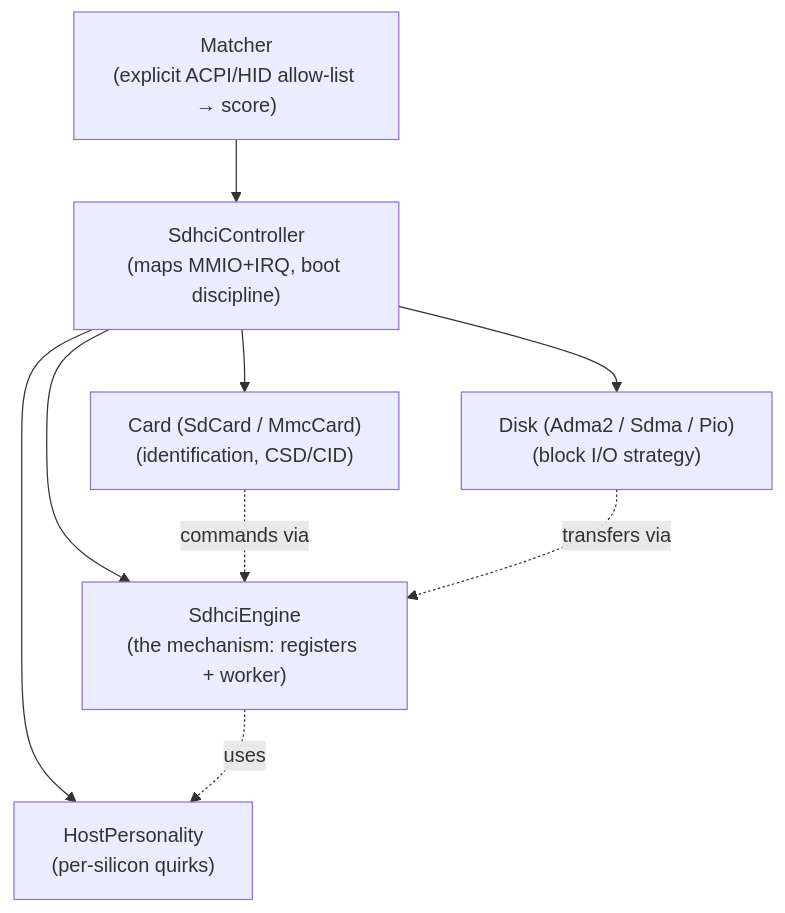
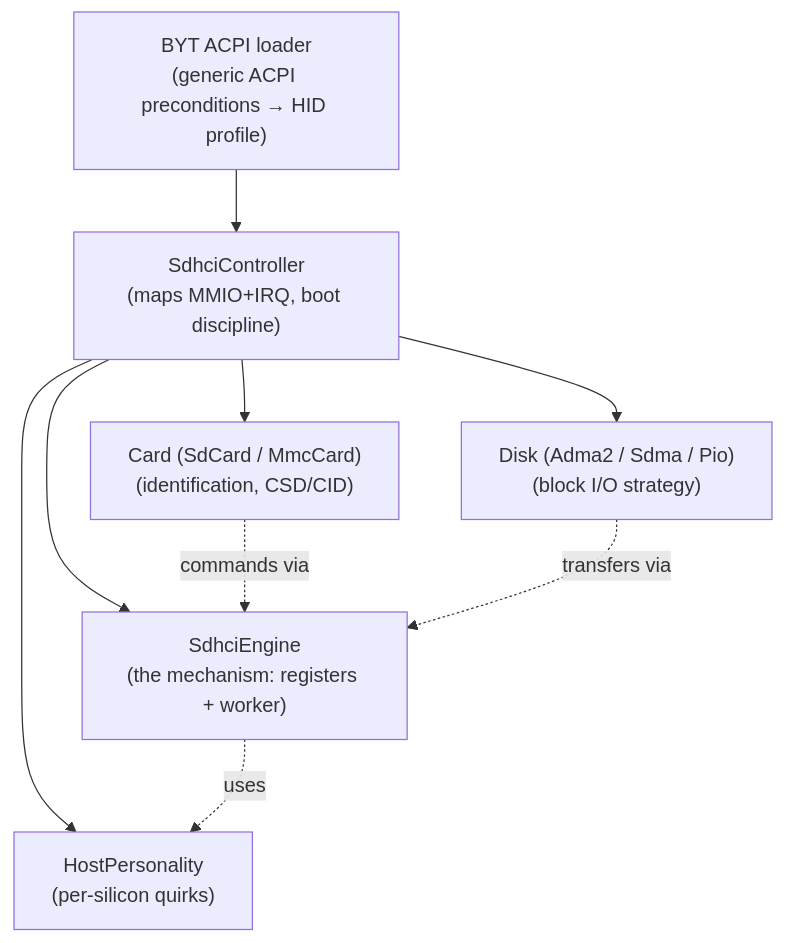
One commit to alextnewman/jido-renga changed the first of 5 diagrams in docs/design/sdhci_embedded.md. Above: the diagram before and after it, drawn with Mermaid. The commit also changed other lines of this file and 58 other files, not shown here.

````diff
--- a/docs/design/sdhci_embedded.md
+++ b/docs/design/sdhci_embedded.md
@@ -50,18 +57,18 @@
 ```mermaid
 flowchart TD
-    Matcher["Matcher\n(explicit ACPI/HID allow-list → score)"]
+    BytAcpi["BYT ACPI loader\n(generic ACPI preconditions → HID profile)"]
     Controller["SdhciController\n(maps MMIO+IRQ, boot discipline)"]
     Engine["SdhciEngine\n(the mechanism: registers + worker)"]
     Personality["HostPersonality\n(per-silicon quirks)"]
     Card["Card (SdCard / MmcCard)\n(identification, CSD/CID)"]
     Disk["Disk (Adma2 / Sdma / Pio)\n(block I/O strategy)"]
 
-    Matcher --> Controller
+    BytAcpi --> Controller
     Controller --> Engine
     Controller --> Personality
     Controller --> Card
     Controller --> Disk
     Engine -. uses .-> Personality
     Card -. commands via .-> Engine
     Disk -. transfers via .-> Engine
 ```
````
